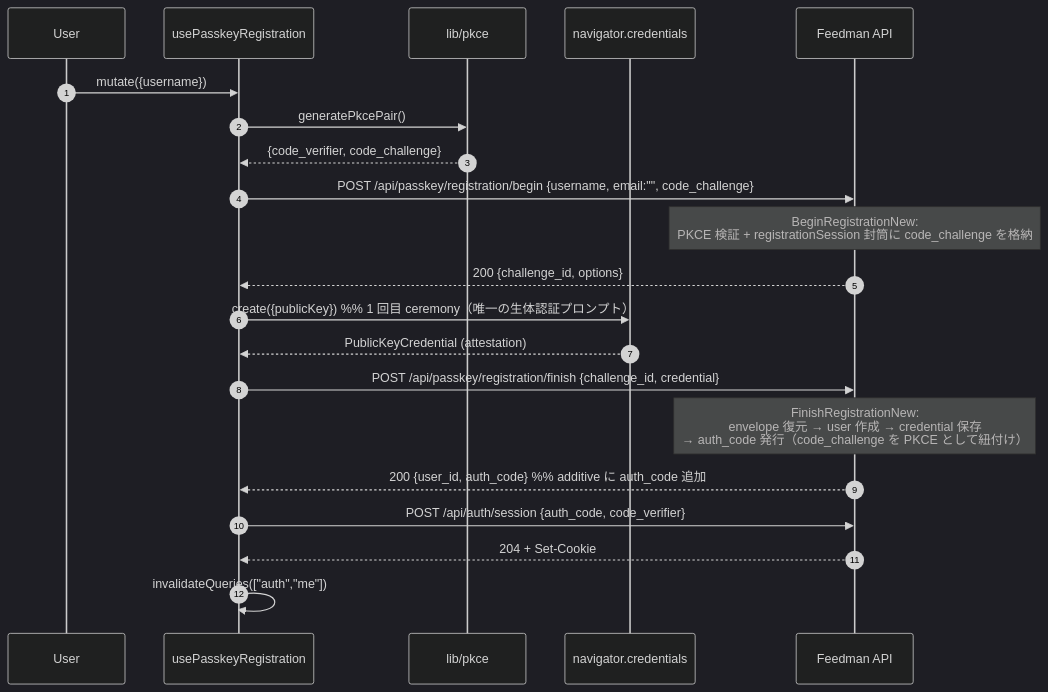
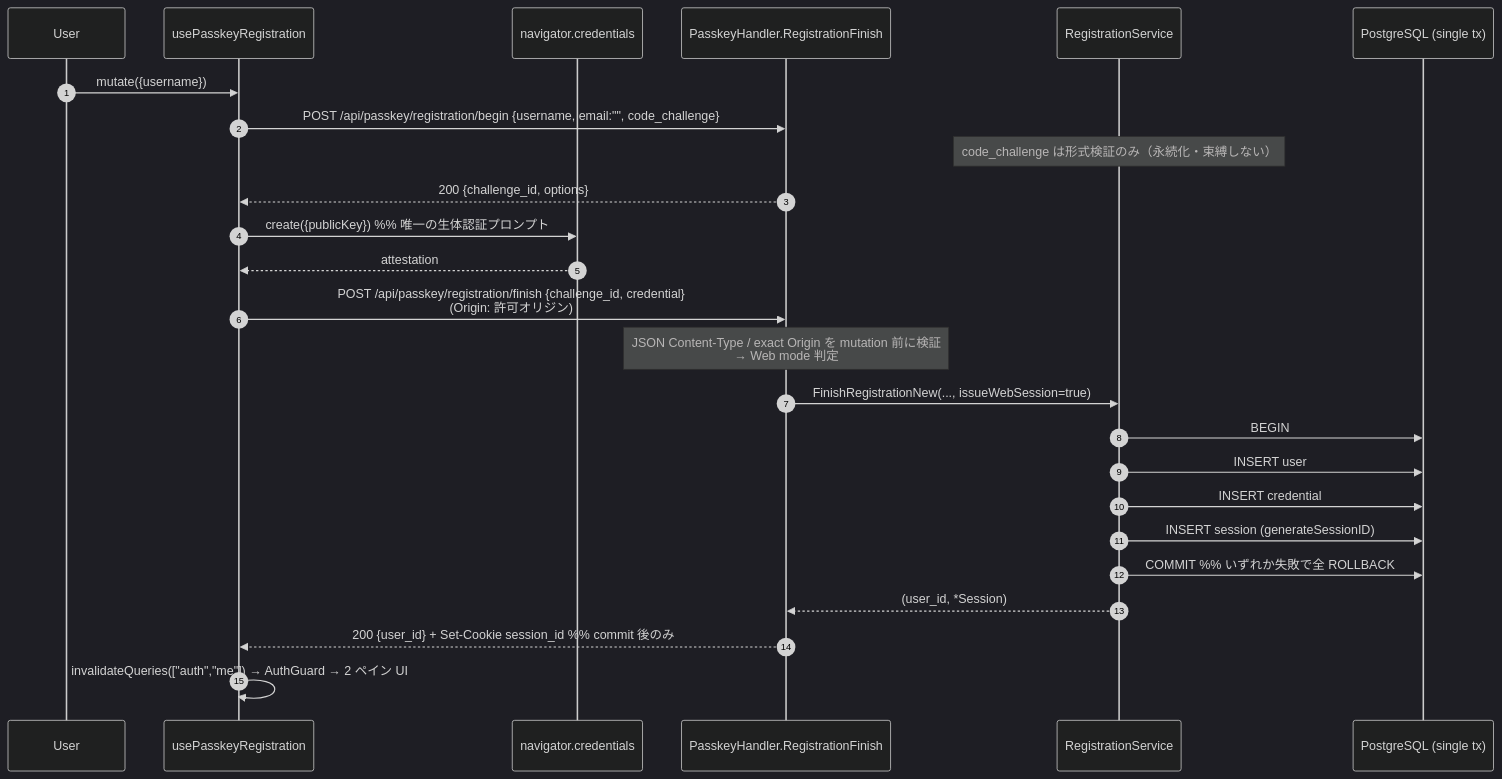
Before and after one commit to hitoshiichikawa/feedman: the third of 4 diagrams in docs/specs/231-design-web-auth/design.md, drawn with Mermaid (dark theme). The commit also changed other lines of this file and 2 other files, not shown here.

First line of the commit message:
docs(specs): #231 直接 Cookie session 方式へ差分設計を全面改訂

````diff
--- a/docs/specs/231-design-web-auth/design.md
+++ b/docs/specs/231-design-web-auth/design.md
@@ -404,24 +352,27 @@
 ```mermaid
 sequenceDiagram
     autonumber
     participant U as User
     participant HR as usePasskeyRegistration
-    participant PK as lib/pkce
     participant NC as navigator.credentials
-    participant SVR as Feedman API
-
+    participant PH as PasskeyHandler.RegistrationFinish
+    participant RS as RegistrationService
+    participant DB as PostgreSQL (single tx)
     U->>HR: mutate({username})
-    HR->>PK: generatePkcePair()
-    PK-->>HR: {code_verifier, code_challenge}
-    HR->>SVR: POST /api/passkey/registration/begin {username, email:"", code_challenge}
-    Note over SVR: BeginRegistrationNew:<br/>PKCE 検証 + registrationSession 封筒に code_challenge を格納
-    SVR-->>HR: 200 {challenge_id, options}
-    HR->>NC: create({publicKey})  %% 1 回目 ceremony（唯一の生体認証プロンプト）
-    NC-->>HR: PublicKeyCredential (attestation)
-    HR->>SVR: POST /api/passkey/registration/finish {challenge_id, credential}
-    Note over SVR: FinishRegistrationNew:<br/>envelope 復元 → user 作成 → credential 保存<br/>→ auth_code 発行（code_challenge を PKCE として紐付け）
-    SVR-->>HR: 200 {user_id, auth_code}  %% additive に auth_code 追加
-    HR->>SVR: POST /api/auth/session {auth_code, code_verifier}
-    SVR-->>HR: 204 + Set-Cookie
-    HR->>HR: invalidateQueries(["auth","me"])
+    HR->>PH: POST /api/passkey/registration/begin {username, email:"", code_challenge}
+    Note over RS: code_challenge は形式検証のみ（永続化・束縛しない）
+    PH-->>HR: 200 {challenge_id, options}
+    HR->>NC: create({publicKey})  %% 唯一の生体認証プロンプト
+    NC-->>HR: attestation
+    HR->>PH: POST /api/passkey/registration/finish {challenge_id, credential}<br/>(Origin: 許可オリジン)
+    Note over PH: JSON Content-Type / exact Origin を mutation 前に検証<br/>→ Web mode 判定
+    PH->>RS: FinishRegistrationNew(..., issueWebSession=true)
+    RS->>DB: BEGIN
+    RS->>DB: INSERT user
+    RS->>DB: INSERT credential
+    RS->>DB: INSERT session (generateSessionID)
+    RS->>DB: COMMIT  %% いずれか失敗で全 ROLLBACK
+    RS-->>PH: (user_id, *Session)
+    PH-->>HR: 200 {user_id} + Set-Cookie session_id  %% commit 後のみ
+    HR->>HR: invalidateQueries(["auth","me"]) → AuthGuard → 2 ペイン UI
 ```
````
